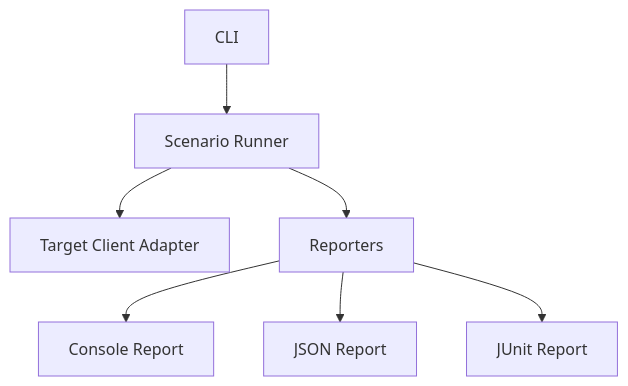
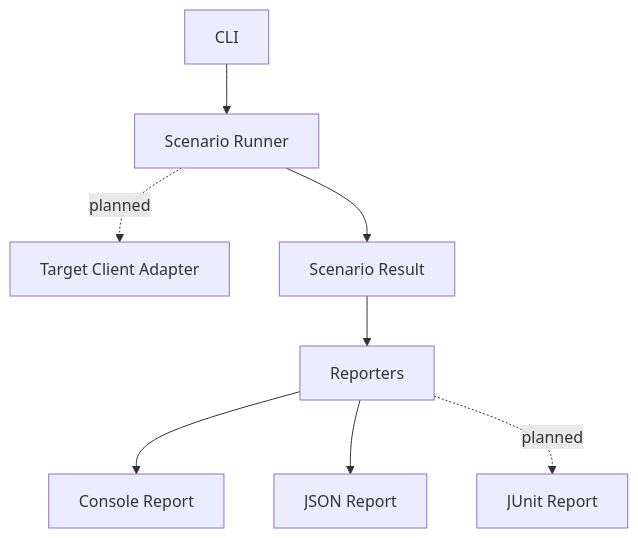
Before and after one commit to anilloutombam/mcp-failure-lab: the third of 3 diagrams in README.md, drawn with Mermaid. The commit also changed other lines of this file and 3 other files, not shown here.

First line of the commit message:
feat: add structured scenario reporters (#31)

````diff
--- a/README.md
+++ b/README.md
@@ -103,9 +102,10 @@
 ```mermaid
 graph TD
     CLI[CLI] --> Runner[Scenario Runner]
-    Runner --> Adapter[Target Client Adapter]
-    Runner --> Reporters[Reporters]
+    Runner -. planned .-> Adapter[Target Client Adapter]
+    Runner --> Recording[Scenario Result]
+    Recording --> Reporters[Reporters]
     Reporters --> ConsoleReport[Console Report]
     Reporters --> JsonReport[JSON Report]
-    Reporters --> JunitReport[JUnit Report]
+    Reporters -. planned .-> JunitReport[JUnit Report]
 ```
````
